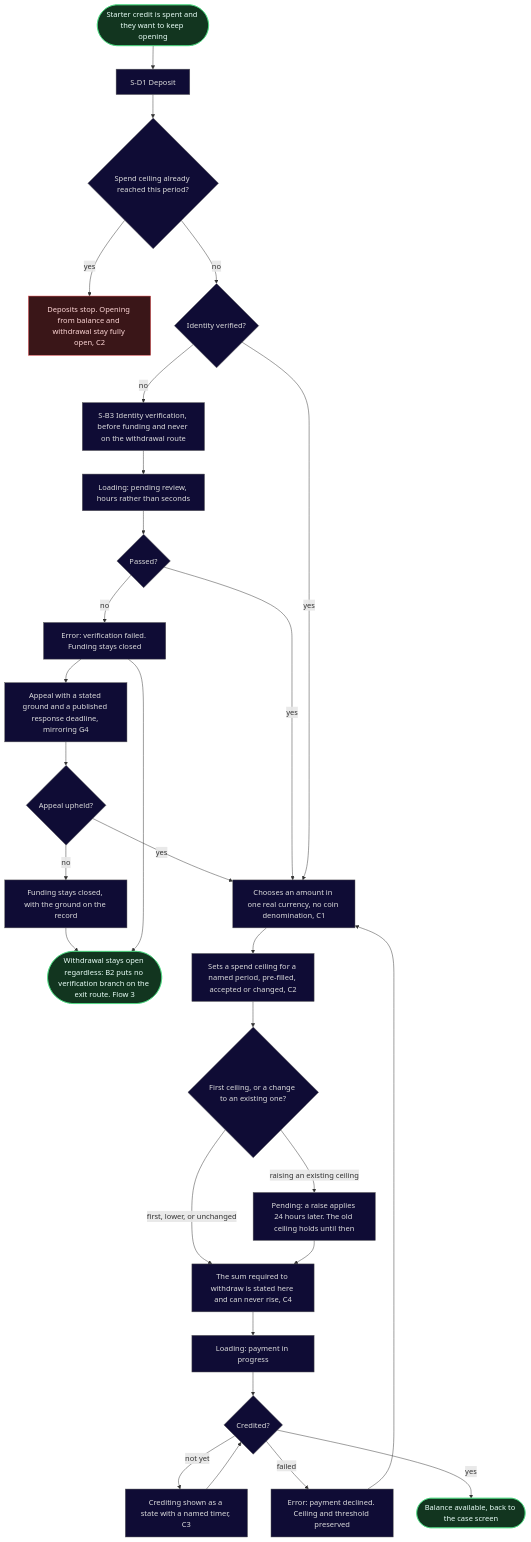
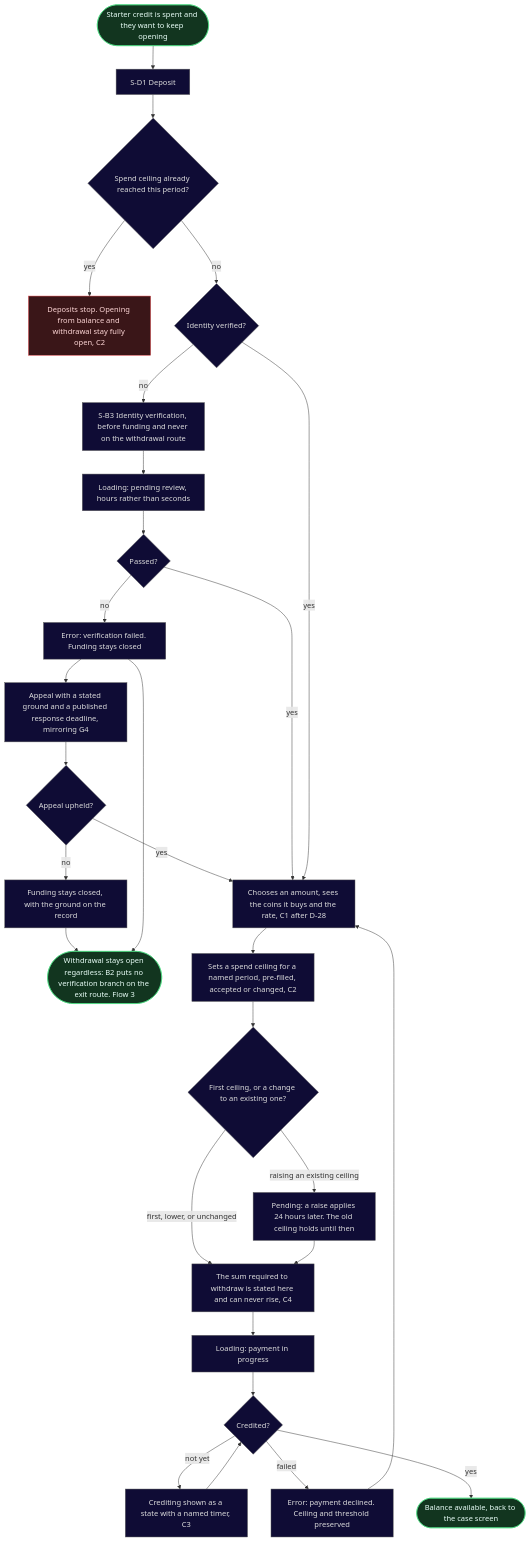
Before and after one commit to sergiodesign4u-dot/cs2-clutch: the third of 6 diagrams in ia/docs/flows.md, drawn with Mermaid. The commit also changed other lines of this file and 166 other files, not shown here.

````diff
--- a/ia/docs/flows.md
+++ b/ia/docs/flows.md
@@ -121,38 +121,38 @@
 ```mermaid
 flowchart TD
     D0(["Starter credit is spent and they want to keep opening"]) --> Dep["S-D1 Deposit"]
     Dep --> Hit{"Spend ceiling already reached this period?"}
     Hit -->|yes| Stop["Deposits stop. Opening from balance and withdrawal stay fully open, C2"]
     Hit -->|no| Ver{"Identity verified?"}
     Ver -->|no| Ident["S-B3 Identity verification, before funding and never on the withdrawal route"]
     Ident --> IdWait["Loading: pending review, hours rather than seconds"]
     IdWait --> IdOk{"Passed?"}
     IdOk -->|no| IdFail["Error: verification failed. Funding stays closed"]
     IdFail --> IdAppeal["Appeal with a stated ground and a published response deadline, mirroring G4"]
     IdAppeal --> Upheld{"Appeal upheld?"}
     Upheld -->|yes| Amount
     Upheld -->|no| Closed2["Funding stays closed, with the ground on the record"]
     Closed2 --> Exit2
     IdFail --> Exit2(["Withdrawal stays open regardless: B2 puts no verification branch on the exit route. Flow 3"])
-    IdOk -->|yes| Amount["Chooses an amount in one real currency, no coin denomination, C1"]
+    IdOk -->|yes| Amount["Chooses an amount, sees the coins it buys and the rate, C1 after D-28"]
     Ver -->|yes| Amount
     Amount --> Ceiling["Sets a spend ceiling for a named period, pre-filled, accepted or changed, C2"]
     Ceiling --> Dir{"First ceiling, or a change to an existing one?"}
     Dir -->|"first, lower, or unchanged"| Threshold["The sum required to withdraw is stated here and can never rise, C4"]
     Dir -->|"raising an existing ceiling"| Pending24["Pending: a raise applies 24 hours later. The old ceiling holds until then"]
     Pending24 --> Threshold
     Threshold --> Pay["Loading: payment in progress"]
     Pay --> Credited{"Credited?"}
     Credited -->|"not yet"| Pending["Crediting shown as a state with a named timer, C3"]
     Pending --> Credited
     Credited -->|failed| PayErr["Error: payment declined. Ceiling and threshold preserved"]
     PayErr --> Amount
     Credited -->|yes| Bal(["Balance available, back to the case screen"])
 
     classDef success fill:#12351f,stroke:#4ade80,color:#eafff9;
     classDef dead fill:#3a1618,stroke:#e5484d,color:#ffd7d7;
     classDef neutral fill:#0f0c35,stroke:#5a5a5a,color:#dddddd;
     class D0,Bal,Exit2 success;
     class Stop dead;
     class Dep,Hit,Ver,Ident,IdWait,IdOk,IdFail,IdAppeal,Upheld,Closed2,Amount,Ceiling,Dir,Pending24,Threshold,Pay,Credited,Pending,PayErr neutral;
 ```
````
